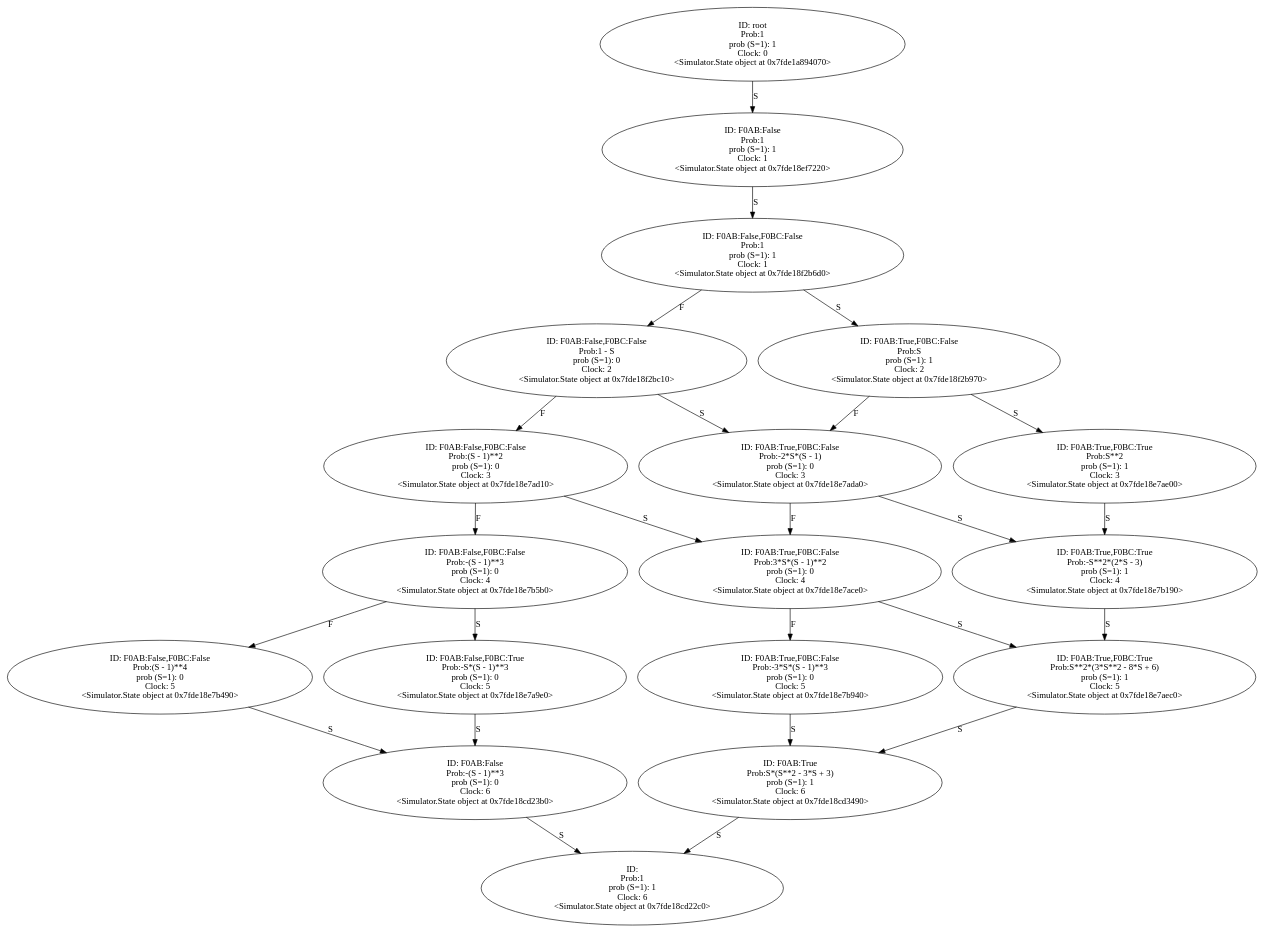
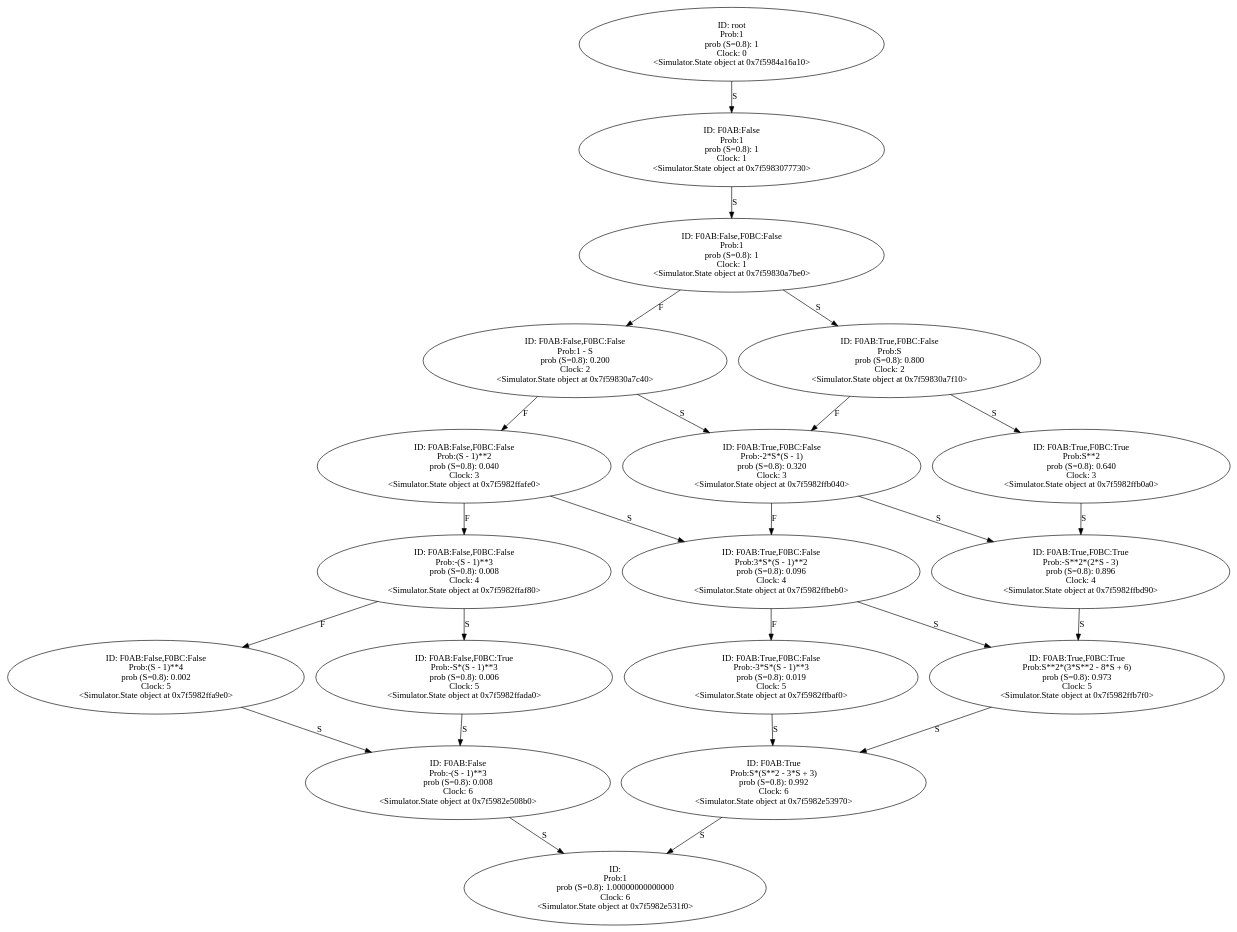
One commit to YasinBoloorchi/WARP-Simulator changed the diagram in Output/full_condition.wrp.gv. Above: the diagram before and after it, drawn with Graphviz. The commit also changed 16 other files, not shown here.

```diff
--- a/Output/full_condition.wrp.gv
+++ b/Output/full_condition.wrp.gv
@@ -1,116 +1,116 @@
 digraph "./Output/full_condition.wrp" {
-	<Simulator.State object at 0x7fde1a894070> [label="ID: root
+	<Simulator.State object at 0x7f5984a16a10> [label="ID: root
 Prob:1
-prob (S=1): 1
+prob (S=0.8): 1
 Clock: 0
-<Simulator.State object at 0x7fde1a894070>"]
-	<Simulator.State object at 0x7fde1a894070> -> <Simulator.State object at 0x7fde18ef7220> [label=S]
-	<Simulator.State object at 0x7fde18ef7220> [label="ID: F0AB:False
+<Simulator.State object at 0x7f5984a16a10>"]
+	<Simulator.State object at 0x7f5984a16a10> -> <Simulator.State object at 0x7f5983077730> [label=S]
+	<Simulator.State object at 0x7f5983077730> [label="ID: F0AB:False
 Prob:1
-prob (S=1): 1
+prob (S=0.8): 1
 Clock: 1
-<Simulator.State object at 0x7fde18ef7220>"]
-	<Simulator.State object at 0x7fde18ef7220> -> <Simulator.State object at 0x7fde18f2b6d0> [label=S]
-	<Simulator.State object at 0x7fde18f2b6d0> [label="ID: F0AB:False,F0BC:False
+<Simulator.State object at 0x7f5983077730>"]
+	<Simulator.State object at 0x7f5983077730> -> <Simulator.State object at 0x7f59830a7be0> [label=S]
+	<Simulator.State object at 0x7f59830a7be0> [label="ID: F0AB:False,F0BC:False
 Prob:1
-prob (S=1): 1
+prob (S=0.8): 1
 Clock: 1
-<Simulator.State object at 0x7fde18f2b6d0>"]
-	<Simulator.State object at 0x7fde18f2b6d0> -> <Simulator.State object at 0x7fde18f2bc10> [label=F]
-	<Simulator.State object at 0x7fde18f2b6d0> -> <Simulator.State object at 0x7fde18f2b970> [label=S]
-	<Simulator.State object at 0x7fde18f2bc10> [label="ID: F0AB:False,F0BC:False
+<Simulator.State object at 0x7f59830a7be0>"]
+	<Simulator.State object at 0x7f59830a7be0> -> <Simulator.State object at 0x7f59830a7c40> [label=F]
+	<Simulator.State object at 0x7f59830a7be0> -> <Simulator.State object at 0x7f59830a7f10> [label=S]
+	<Simulator.State object at 0x7f59830a7c40> [label="ID: F0AB:False,F0BC:False
 Prob:1 - S
-prob (S=1): 0
+prob (S=0.8): 0.200
 Clock: 2
-<Simulator.State object at 0x7fde18f2bc10>"]
-	<Simulator.State object at 0x7fde18f2bc10> -> <Simulator.State object at 0x7fde18e7ad10> [label=F]
-	<Simulator.State object at 0x7fde18f2bc10> -> <Simulator.State object at 0x7fde18e7ada0> [label=S]
-	<Simulator.State object at 0x7fde18f2b970> [label="ID: F0AB:True,F0BC:False
+<Simulator.State object at 0x7f59830a7c40>"]
+	<Simulator.State object at 0x7f59830a7c40> -> <Simulator.State object at 0x7f5982ffafe0> [label=F]
+	<Simulator.State object at 0x7f59830a7c40> -> <Simulator.State object at 0x7f5982ffb040> [label=S]
+	<Simulator.State object at 0x7f59830a7f10> [label="ID: F0AB:True,F0BC:False
 Prob:S
-prob (S=1): 1
+prob (S=0.8): 0.800
 Clock: 2
-<Simulator.State object at 0x7fde18f2b970>"]
-	<Simulator.State object at 0x7fde18f2b970> -> <Simulator.State object at 0x7fde18e7ada0> [label=F]
-	<Simulator.State object at 0x7fde18f2b970> -> <Simulator.State object at 0x7fde18e7ae00> [label=S]
-	<Simulator.State object at 0x7fde18e7ad10> [label="ID: F0AB:False,F0BC:False
+<Simulator.State object at 0x7f59830a7f10>"]
+	<Simulator.State object at 0x7f59830a7f10> -> <Simulator.State object at 0x7f5982ffb040> [label=F]
+	<Simulator.State object at 0x7f59830a7f10> -> <Simulator.State object at 0x7f5982ffb0a0> [label=S]
+	<Simulator.State object at 0x7f5982ffafe0> [label="ID: F0AB:False,F0BC:False
 Prob:(S - 1)**2
-prob (S=1): 0
+prob (S=0.8): 0.040
 Clock: 3
-<Simulator.State object at 0x7fde18e7ad10>"]
-	<Simulator.State object at 0x7fde18e7ad10> -> <Simulator.State object at 0x7fde18e7b5b0> [label=F]
-	<Simulator.State object at 0x7fde18e7ad10> -> <Simulator.State object at 0x7fde18e7ace0> [label=S]
-	<Simulator.State object at 0x7fde18e7ada0> [label="ID: F0AB:True,F0BC:False
+<Simulator.State object at 0x7f5982ffafe0>"]
+	<Simulator.State object at 0x7f5982ffafe0> -> <Simulator.State object at 0x7f5982ffaf80> [label=F]
+	<Simulator.State object at 0x7f5982ffafe0> -> <Simulator.State object at 0x7f5982ffbeb0> [label=S]
+	<Simulator.State object at 0x7f5982ffb040> [label="ID: F0AB:True,F0BC:False
 Prob:-2*S*(S - 1)
-prob (S=1): 0
+prob (S=0.8): 0.320
 Clock: 3
-<Simulator.State object at 0x7fde18e7ada0>"]
-	<Simulator.State object at 0x7fde18e7ada0> -> <Simulator.State object at 0x7fde18e7ace0> [label=F]
-	<Simulator.State object at 0x7fde18e7ada0> -> <Simulator.State object at 0x7fde18e7b190> [label=S]
-	<Simulator.State object at 0x7fde18e7ae00> [label="ID: F0AB:True,F0BC:True
+<Simulator.State object at 0x7f5982ffb040>"]
+	<Simulator.State object at 0x7f5982ffb040> -> <Simulator.State object at 0x7f5982ffbeb0> [label=F]
+	<Simulator.State object at 0x7f5982ffb040> -> <Simulator.State object at 0x7f5982ffbd90> [label=S]
+	<Simulator.State object at 0x7f5982ffb0a0> [label="ID: F0AB:True,F0BC:True
 Prob:S**2
-prob (S=1): 1
+prob (S=0.8): 0.640
 Clock: 3
-<Simulator.State object at 0x7fde18e7ae00>"]
-	<Simulator.State object at 0x7fde18e7ae00> -> <Simulator.State object at 0x7fde18e7b190> [label=S]
-	<Simulator.State object at 0x7fde18e7b5b0> [label="ID: F0AB:False,F0BC:False
+<Simulator.State object at 0x7f5982ffb0a0>"]
+	<Simulator.State object at 0x7f5982ffb0a0> -> <Simulator.State object at 0x7f5982ffbd90> [label=S]
+	<Simulator.State object at 0x7f5982ffaf80> [label="ID: F0AB:False,F0BC:False
 Prob:-(S - 1)**3
-prob (S=1): 0
+prob (S=0.8): 0.008
 Clock: 4
-<Simulator.State object at 0x7fde18e7b5b0>"]
-	<Simulator.State object at 0x7fde18e7b5b0> -> <Simulator.State object at 0x7fde18e7b490> [label=F]
-	<Simulator.State object at 0x7fde18e7b5b0> -> <Simulator.State object at 0x7fde18e7a9e0> [label=S]
-	<Simulator.State object at 0x7fde18e7ace0> [label="ID: F0AB:True,F0BC:False
+<Simulator.State object at 0x7f5982ffaf80>"]
+	<Simulator.State object at 0x7f5982ffaf80> -> <Simulator.State object at 0x7f5982ffa9e0> [label=F]
+	<Simulator.State object at 0x7f5982ffaf80> -> <Simulator.State object at 0x7f5982ffada0> [label=S]
+	<Simulator.State object at 0x7f5982ffbeb0> [label="ID: F0AB:True,F0BC:False
 Prob:3*S*(S - 1)**2
-prob (S=1): 0
+prob (S=0.8): 0.096
 Clock: 4
-<Simulator.State object at 0x7fde18e7ace0>"]
-	<Simulator.State object at 0x7fde18e7ace0> -> <Simulator.State object at 0x7fde18e7b940> [label=F]
-	<Simulator.State object at 0x7fde18e7ace0> -> <Simulator.State object at 0x7fde18e7aec0> [label=S]
-	<Simulator.State object at 0x7fde18e7b190> [label="ID: F0AB:True,F0BC:True
+<Simulator.State object at 0x7f5982ffbeb0>"]
+	<Simulator.State object at 0x7f5982ffbeb0> -> <Simulator.State object at 0x7f5982ffbaf0> [label=F]
+	<Simulator.State object at 0x7f5982ffbeb0> -> <Simulator.State object at 0x7f5982ffb7f0> [label=S]
+	<Simulator.State object at 0x7f5982ffbd90> [label="ID: F0AB:True,F0BC:True
 Prob:-S**2*(2*S - 3)
-prob (S=1): 1
+prob (S=0.8): 0.896
 Clock: 4
-<Simulator.State object at 0x7fde18e7b190>"]
-	<Simulator.State object at 0x7fde18e7b190> -> <Simulator.State object at 0x7fde18e7aec0> [label=S]
-	<Simulator.State object at 0x7fde18e7b490> [label="ID: F0AB:False,F0BC:False
+<Simulator.State object at 0x7f5982ffbd90>"]
+	<Simulator.State object at 0x7f5982ffbd90> -> <Simulator.State object at 0x7f5982ffb7f0> [label=S]
+	<Simulator.State object at 0x7f5982ffa9e0> [label="ID: F0AB:False,F0BC:False
 Prob:(S - 1)**4
-prob (S=1): 0
+prob (S=0.8): 0.002
 Clock: 5
-<Simulator.State object at 0x7fde18e7b490>"]
-	<Simulator.State object at 0x7fde18e7b490> -> <Simulator.State object at 0x7fde18cd23b0> [label=S]
-	<Simulator.State object at 0x7fde18e7a9e0> [label="ID: F0AB:False,F0BC:True
+<Simulator.State object at 0x7f5982ffa9e0>"]
+	<Simulator.State object at 0x7f5982ffa9e0> -> <Simulator.State object at 0x7f5982e508b0> [label=S]
+	<Simulator.State object at 0x7f5982ffada0> [label="ID: F0AB:False,F0BC:True
 Prob:-S*(S - 1)**3
-prob (S=1): 0
+prob (S=0.8): 0.006
 Clock: 5
-<Simulator.State object at 0x7fde18e7a9e0>"]
-	<Simulator.State object at 0x7fde18e7a9e0> -> <Simulator.State object at 0x7fde18cd23b0> [label=S]
-	<Simulator.State object at 0x7fde18e7b940> [label="ID: F0AB:True,F0BC:False
+<Simulator.State object at 0x7f5982ffada0>"]
+	<Simulator.State object at 0x7f5982ffada0> -> <Simulator.State object at 0x7f5982e508b0> [label=S]
+	<Simulator.State object at 0x7f5982ffbaf0> [label="ID: F0AB:True,F0BC:False
 Prob:-3*S*(S - 1)**3
-prob (S=1): 0
+prob (S=0.8): 0.019
 Clock: 5
-<Simulator.State object at 0x7fde18e7b940>"]
-	<Simulator.State object at 0x7fde18e7b940> -> <Simulator.State object at 0x7fde18cd3490> [label=S]
-	<Simulator.State object at 0x7fde18e7aec0> [label="ID: F0AB:True,F0BC:True
+<Simulator.State object at 0x7f5982ffbaf0>"]
+	<Simulator.State object at 0x7f5982ffbaf0> -> <Simulator.State object at 0x7f5982e53970> [label=S]
+	<Simulator.State object at 0x7f5982ffb7f0> [label="ID: F0AB:True,F0BC:True
 Prob:S**2*(3*S**2 - 8*S + 6)
-prob (S=1): 1
+prob (S=0.8): 0.973
 Clock: 5
-<Simulator.State object at 0x7fde18e7aec0>"]
-	<Simulator.State object at 0x7fde18e7aec0> -> <Simulator.State object at 0x7fde18cd3490> [label=S]
-	<Simulator.State object at 0x7fde18cd23b0> [label="ID: F0AB:False
+<Simulator.State object at 0x7f5982ffb7f0>"]
+	<Simulator.State object at 0x7f5982ffb7f0> -> <Simulator.State object at 0x7f5982e53970> [label=S]
+	<Simulator.State object at 0x7f5982e508b0> [label="ID: F0AB:False
 Prob:-(S - 1)**3
-prob (S=1): 0
+prob (S=0.8): 0.008
 Clock: 6
-<Simulator.State object at 0x7fde18cd23b0>"]
-	<Simulator.State object at 0x7fde18cd23b0> -> <Simulator.State object at 0x7fde18cd22c0> [label=S]
-	<Simulator.State object at 0x7fde18cd3490> [label="ID: F0AB:True
+<Simulator.State object at 0x7f5982e508b0>"]
+	<Simulator.State object at 0x7f5982e508b0> -> <Simulator.State object at 0x7f5982e531f0> [label=S]
+	<Simulator.State object at 0x7f5982e53970> [label="ID: F0AB:True
 Prob:S*(S**2 - 3*S + 3)
-prob (S=1): 1
+prob (S=0.8): 0.992
 Clock: 6
-<Simulator.State object at 0x7fde18cd3490>"]
-	<Simulator.State object at 0x7fde18cd3490> -> <Simulator.State object at 0x7fde18cd22c0> [label=S]
-	<Simulator.State object at 0x7fde18cd22c0> [label="ID: 
+<Simulator.State object at 0x7f5982e53970>"]
+	<Simulator.State object at 0x7f5982e53970> -> <Simulator.State object at 0x7f5982e531f0> [label=S]
+	<Simulator.State object at 0x7f5982e531f0> [label="ID: 
 Prob:1
-prob (S=1): 1
+prob (S=0.8): 1.00000000000000
 Clock: 6
-<Simulator.State object at 0x7fde18cd22c0>"]
+<Simulator.State object at 0x7f5982e531f0>"]
 }
```
